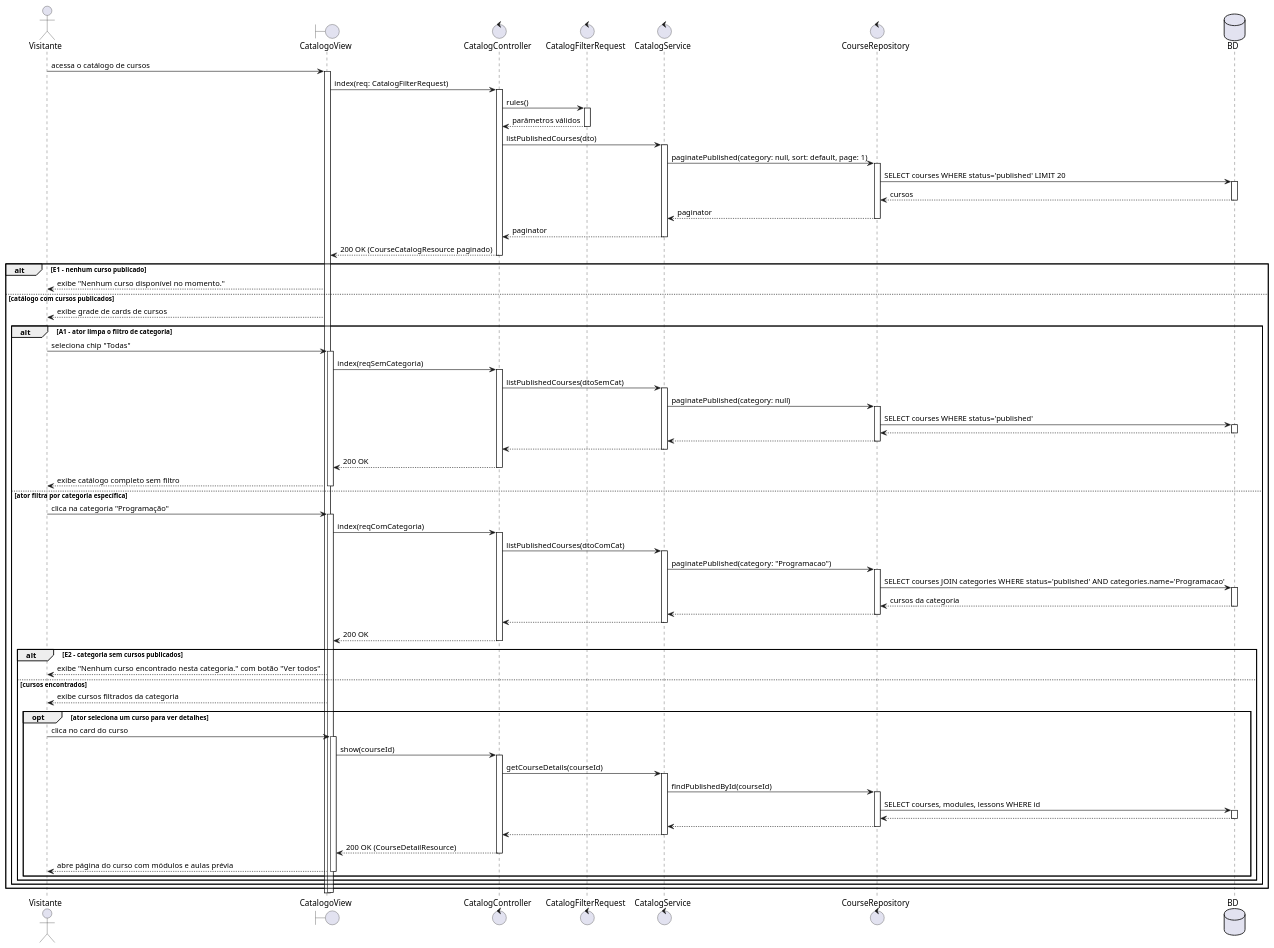
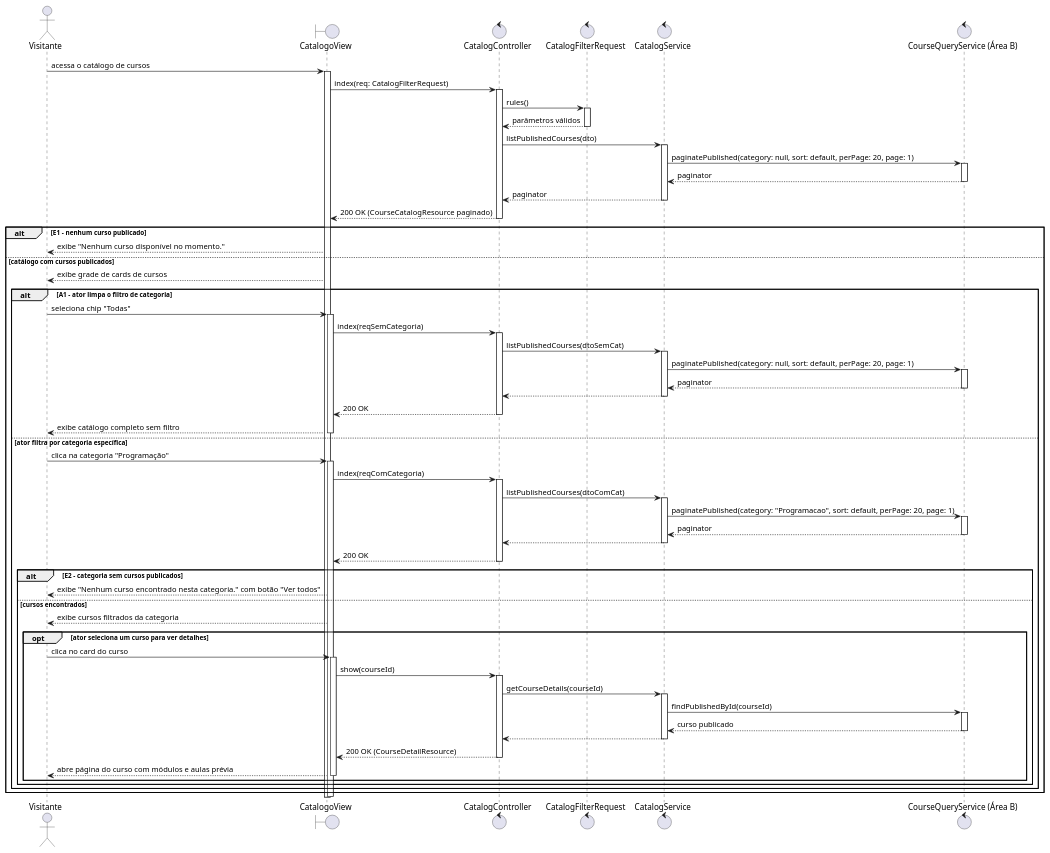
The diagram in scripts/drawio-seqgen/exemplos/14-sequencia-uc020.puml (Plataforma-de-Cursos-TCC/plataforma-cursos-docs), drawn with PlantUML before and after one commit. The commit also changed 30 other files, not shown here.

First line of the commit message:
fix(area-c): snapshot quiz answers and align UC, sequences and classes

```diff
--- a/scripts/drawio-seqgen/exemplos/14-sequencia-uc020.puml
+++ b/scripts/drawio-seqgen/exemplos/14-sequencia-uc020.puml
@@ -3,65 +3,56 @@
 @startuml 14-sequencia-uc020
 actor Visitante as P0
 boundary CatalogoView
 control CatalogController
 control CatalogFilterRequest
 control CatalogService
-control CourseRepository
-database BD
+control "CourseQueryService (Área B)" as CourseQueryService
 P0 -> CatalogoView ++ : acessa o catálogo de cursos
 CatalogoView -> CatalogController ++ : index(req: CatalogFilterRequest)
 CatalogController -> CatalogFilterRequest ++ : rules()
 CatalogFilterRequest --> CatalogController -- : parâmetros válidos
 CatalogController -> CatalogService ++ : listPublishedCourses(dto)
-CatalogService -> CourseRepository ++ : paginatePublished(category: null, sort: default, page: 1)
-CourseRepository -> BD ++ : SELECT courses WHERE status='published' LIMIT 20
-BD --> CourseRepository -- : cursos
-CourseRepository --> CatalogService -- : paginator
+CatalogService -> CourseQueryService ++ : paginatePublished(category: null, sort: default, perPage: 20, page: 1)
+CourseQueryService --> CatalogService -- : paginator
 CatalogService --> CatalogController -- : paginator
 CatalogController --> CatalogoView -- : 200 OK (CourseCatalogResource paginado)
 alt E1 - nenhum curso publicado
 CatalogoView --> P0 : exibe "Nenhum curso disponível no momento."
 else catálogo com cursos publicados
 CatalogoView --> P0 : exibe grade de cards de cursos
 alt A1 - ator limpa o filtro de categoria
 P0 -> CatalogoView ++ : seleciona chip "Todas"
 CatalogoView -> CatalogController ++ : index(reqSemCategoria)
 CatalogController -> CatalogService ++ : listPublishedCourses(dtoSemCat)
-CatalogService -> CourseRepository ++ : paginatePublished(category: null)
-CourseRepository -> BD ++ : SELECT courses WHERE status='published'
-BD --> CourseRepository --
-CourseRepository --> CatalogService --
+CatalogService -> CourseQueryService ++ : paginatePublished(category: null, sort: default, perPage: 20, page: 1)
+CourseQueryService --> CatalogService -- : paginator
 CatalogService --> CatalogController --
 CatalogController --> CatalogoView -- : 200 OK
 CatalogoView --> P0 -- : exibe catálogo completo sem filtro
 else ator filtra por categoria específica
 P0 -> CatalogoView ++ : clica na categoria "Programação"
 CatalogoView -> CatalogController ++ : index(reqComCategoria)
 CatalogController -> CatalogService ++ : listPublishedCourses(dtoComCat)
-CatalogService -> CourseRepository ++ : paginatePublished(category: "Programacao")
-CourseRepository -> BD ++ : SELECT courses JOIN categories WHERE status='published' AND categories.name='Programacao'
-BD --> CourseRepository -- : cursos da categoria
-CourseRepository --> CatalogService --
+CatalogService -> CourseQueryService ++ : paginatePublished(category: "Programacao", sort: default, perPage: 20, page: 1)
+CourseQueryService --> CatalogService -- : paginator
 CatalogService --> CatalogController --
 CatalogController --> CatalogoView -- : 200 OK
 alt E2 - categoria sem cursos publicados
 CatalogoView --> P0 : exibe "Nenhum curso encontrado nesta categoria." com botão "Ver todos"
 else cursos encontrados
 CatalogoView --> P0 : exibe cursos filtrados da categoria
 opt ator seleciona um curso para ver detalhes
 P0 -> CatalogoView ++ : clica no card do curso
 CatalogoView -> CatalogController ++ : show(courseId)
 CatalogController -> CatalogService ++ : getCourseDetails(courseId)
-CatalogService -> CourseRepository ++ : findPublishedById(courseId)
-CourseRepository -> BD ++ : SELECT courses, modules, lessons WHERE id
-BD --> CourseRepository --
-CourseRepository --> CatalogService --
+CatalogService -> CourseQueryService ++ : findPublishedById(courseId)
+CourseQueryService --> CatalogService -- : curso publicado
 CatalogService --> CatalogController --
 CatalogController --> CatalogoView -- : 200 OK (CourseDetailResource)
 CatalogoView --> P0 -- : abre página do curso com módulos e aulas prévia
 end
 end
 end
 end
 deactivate CatalogoView
 @enduml
```
